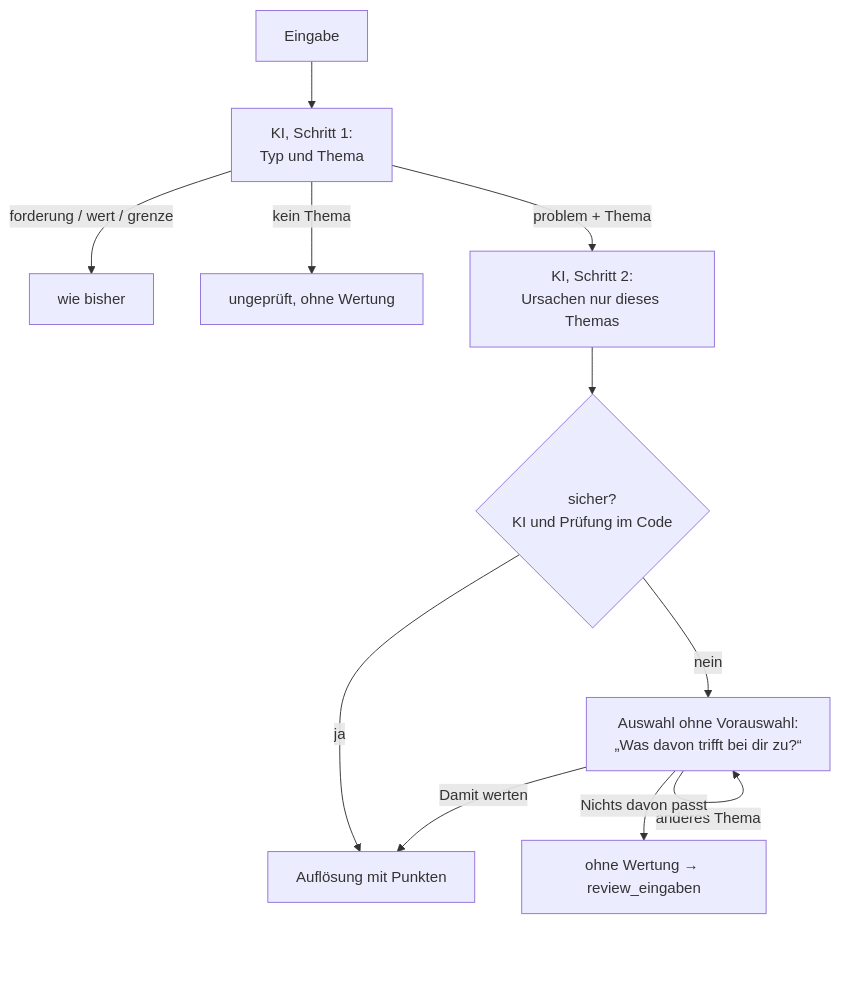
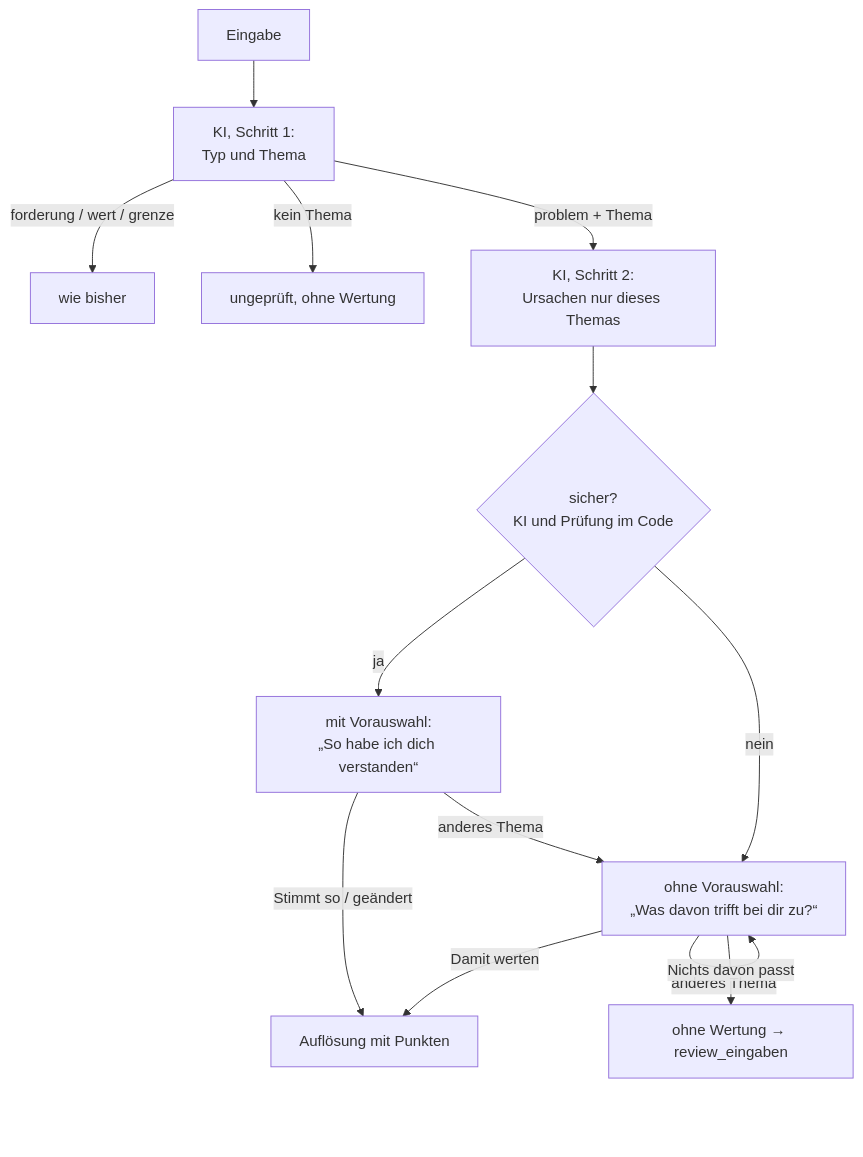
One commit to politik-duell/politik-duell changed the diagram in docs/plan-zuordnung.md. Above: the diagram before and after it, drawn with Mermaid. The commit also changed other lines of this file, not shown here.

````diff
--- a/docs/plan-zuordnung.md
+++ b/docs/plan-zuordnung.md
@@ -52,13 +52,15 @@
 ```mermaid
 flowchart TD
     E[Eingabe] --> K1[KI, Schritt 1:<br/>Typ und Thema]
     K1 -->|forderung / wert / grenze| W[wie bisher]
     K1 -->|kein Thema| U[ungeprüft, ohne Wertung]
     K1 -->|problem + Thema| K2[KI, Schritt 2:<br/>Ursachen nur dieses Themas]
     K2 --> P{sicher?<br/>KI und Prüfung im Code}
-    P -->|ja| A[Auflösung mit Punkten]
-    P -->|nein| B["Auswahl ohne Vorauswahl:<br/>„Was davon trifft bei dir zu?“"]
+    P -->|ja| S["mit Vorauswahl:<br/>„So habe ich dich verstanden“"]
+    P -->|nein| B["ohne Vorauswahl:<br/>„Was davon trifft bei dir zu?“"]
+    S -->|Stimmt so / geändert| A[Auflösung mit Punkten]
+    S -->|anderes Thema| B
     B -->|Damit werten| A
     B -->|anderes Thema| B
     B -->|Nichts davon passt| R[ohne Wertung → review_eingaben]
 ```
````
